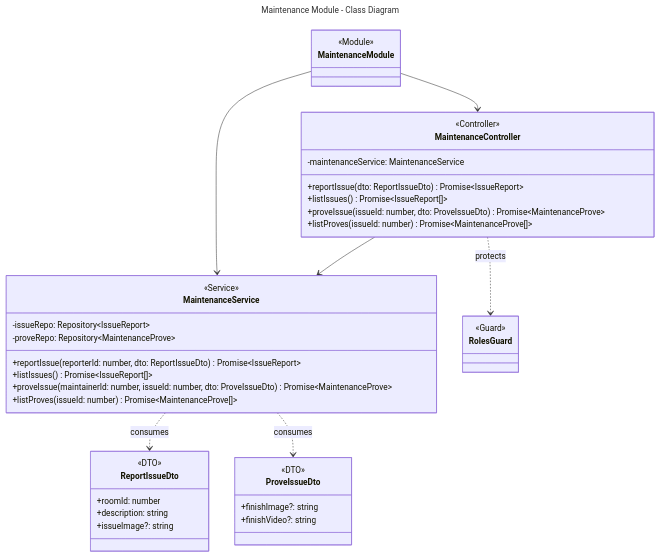
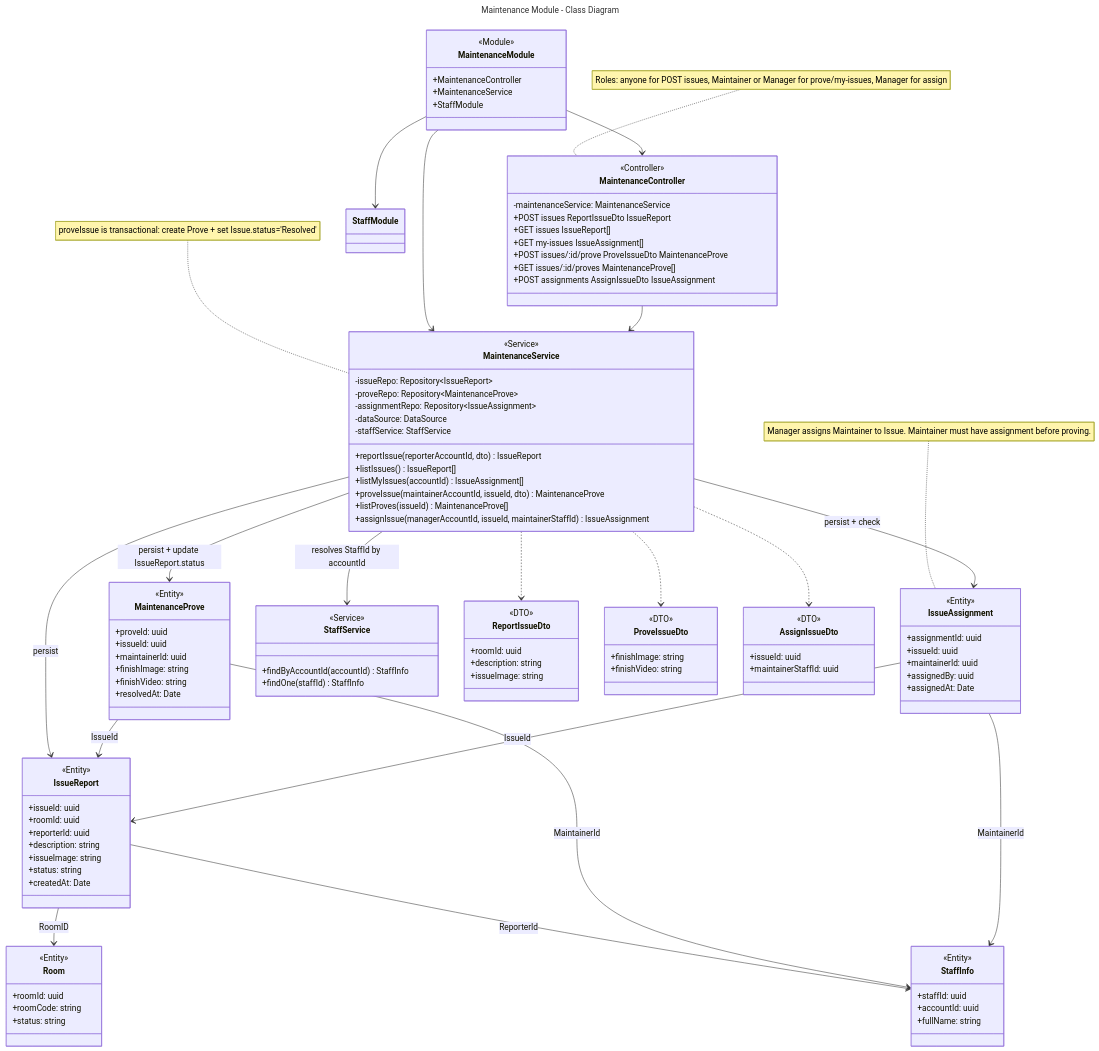
One commit to Notimemech/HotelHubManagement changed the diagram in docs/modules/maintenance/class.mmd. Above: the diagram before and after it, drawn with Mermaid. The commit also changed 23 other files, not shown here.

```diff
--- a/docs/modules/maintenance/class.mmd
+++ b/docs/modules/maintenance/class.mmd
@@ -1,50 +1,129 @@
 ---
 title: Maintenance Module - Class Diagram
 ---
 classDiagram
     class MaintenanceModule {
         <<Module>>
+        +MaintenanceController
+        +MaintenanceService
+        +StaffModule
     }
 
     class MaintenanceController {
         <<Controller>>
         -maintenanceService: MaintenanceService
-        +reportIssue(dto: ReportIssueDto) Promise~IssueReport~
-        +listIssues() Promise~IssueReport[]~
-        +proveIssue(issueId: number, dto: ProveIssueDto) Promise~MaintenanceProve~
-        +listProves(issueId: number) Promise~MaintenanceProve[]~
+        +POST issues ReportIssueDto IssueReport
+        +GET issues IssueReport[]
+        +GET my-issues IssueAssignment[]
+        +POST issues/:id/prove ProveIssueDto MaintenanceProve
+        +GET issues/:id/proves MaintenanceProve[]
+        +POST assignments AssignIssueDto IssueAssignment
     }
 
     class MaintenanceService {
         <<Service>>
         -issueRepo: Repository~IssueReport~
         -proveRepo: Repository~MaintenanceProve~
-        +reportIssue(reporterId: number, dto: ReportIssueDto) Promise~IssueReport~
-        +listIssues() Promise~IssueReport[]~
-        +proveIssue(maintainerId: number, issueId: number, dto: ProveIssueDto) Promise~MaintenanceProve~
-        +listProves(issueId: number) Promise~MaintenanceProve[]~
+        -assignmentRepo: Repository~IssueAssignment~
+        -dataSource: DataSource
+        -staffService: StaffService
+        +reportIssue(reporterAccountId, dto) IssueReport
+        +listIssues() IssueReport[]
+        +listMyIssues(accountId) IssueAssignment[]
+        +proveIssue(maintainerAccountId, issueId, dto) MaintenanceProve
+        +listProves(issueId) MaintenanceProve[]
+        +assignIssue(managerAccountId, issueId, maintainerStaffId) IssueAssignment
     }
 
-    class RolesGuard {
-        <<Guard>>
+    class IssueReport {
+        <<Entity>>
+        +issueId: uuid
+        +roomId: uuid
+        +reporterId: uuid
+        +description: string
+        +issueImage: string
+        +status: string
+        +createdAt: Date
+    }
+
+    class MaintenanceProve {
+        <<Entity>>
+        +proveId: uuid
+        +issueId: uuid
+        +maintainerId: uuid
+        +finishImage: string
+        +finishVideo: string
+        +resolvedAt: Date
+    }
+
+    class IssueAssignment {
+        <<Entity>>
+        +assignmentId: uuid
+        +issueId: uuid
+        +maintainerId: uuid
+        +assignedBy: uuid
+        +assignedAt: Date
+    }
+
+    class Room {
+        <<Entity>>
+        +roomId: uuid
+        +roomCode: string
+        +status: string
+    }
+
+    class StaffInfo {
+        <<Entity>>
+        +staffId: uuid
+        +accountId: uuid
+        +fullName: string
+    }
+
+    class StaffService {
+        <<Service>>
+        +findByAccountId(accountId) StaffInfo
+        +findOne(staffId) StaffInfo
     }
 
     class ReportIssueDto {
         <<DTO>>
-        +roomId: number
+        +roomId: uuid
         +description: string
-        +issueImage?: string
+        +issueImage: string
     }
 
     class ProveIssueDto {
         <<DTO>>
-        +finishImage?: string
-        +finishVideo?: string
+        +finishImage: string
+        +finishVideo: string
+    }
+
+    class AssignIssueDto {
+        <<DTO>>
+        +issueId: uuid
+        +maintainerStaffId: uuid
     }
 
     MaintenanceModule --> MaintenanceController
     MaintenanceModule --> MaintenanceService
+    MaintenanceModule --> StaffModule
     MaintenanceController --> MaintenanceService
-    MaintenanceController ..> RolesGuard : protects
-    MaintenanceService ..> ReportIssueDto : consumes
-    MaintenanceService ..> ProveIssueDto : consumes
+    MaintenanceService --> StaffService : resolves StaffId by accountId
+    MaintenanceService --> IssueReport : persist
+    MaintenanceService --> MaintenanceProve : persist + update IssueReport.status
+    MaintenanceService --> IssueAssignment : persist + check
+
+    IssueReport --> Room : RoomID
+    IssueReport --> StaffInfo : ReporterId
+    MaintenanceProve --> IssueReport : IssueId
+    MaintenanceProve --> StaffInfo : MaintainerId
+    IssueAssignment --> IssueReport : IssueId
+    IssueAssignment --> StaffInfo : MaintainerId
+
+    MaintenanceService ..> ReportIssueDto
+    MaintenanceService ..> ProveIssueDto
+    MaintenanceService ..> AssignIssueDto
+
+    note for MaintenanceController "Roles: anyone for POST issues, Maintainer or Manager for prove/my-issues, Manager for assign"
+    note for MaintenanceService "proveIssue is transactional: create Prove + set Issue.status='Resolved'"
+    note for IssueAssignment "Manager assigns Maintainer to Issue. Maintainer must have assignment before proving."
```
